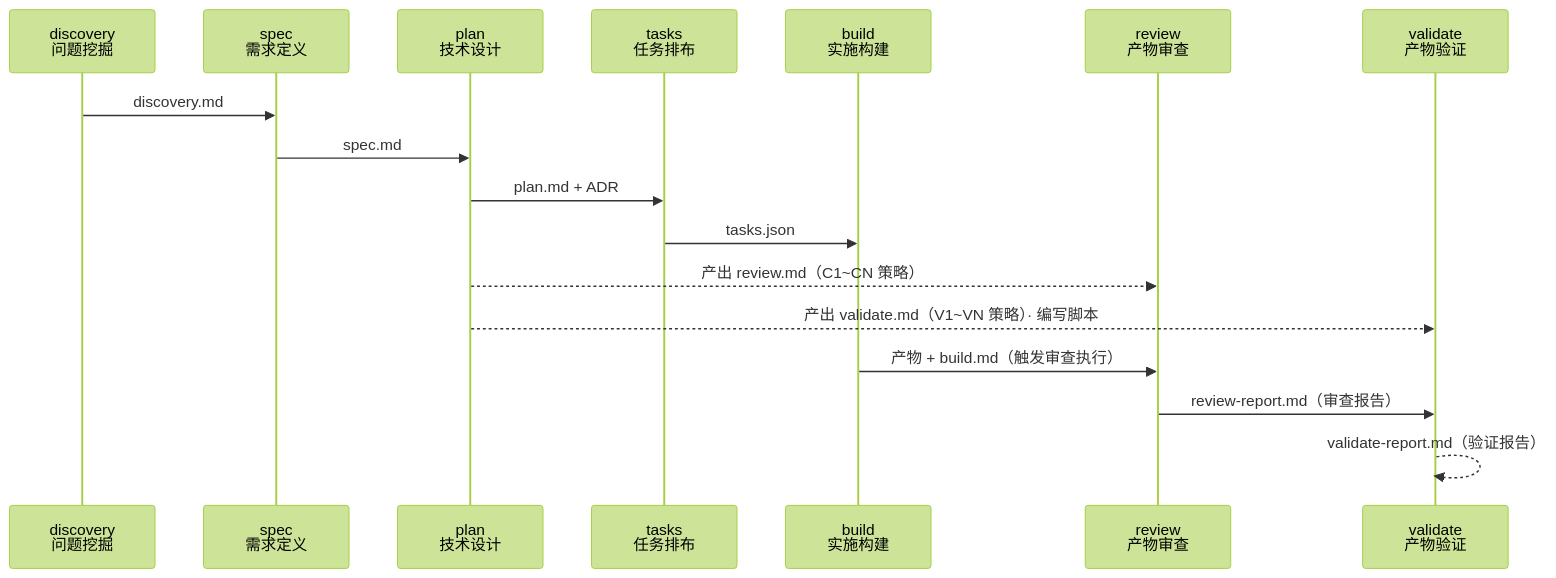
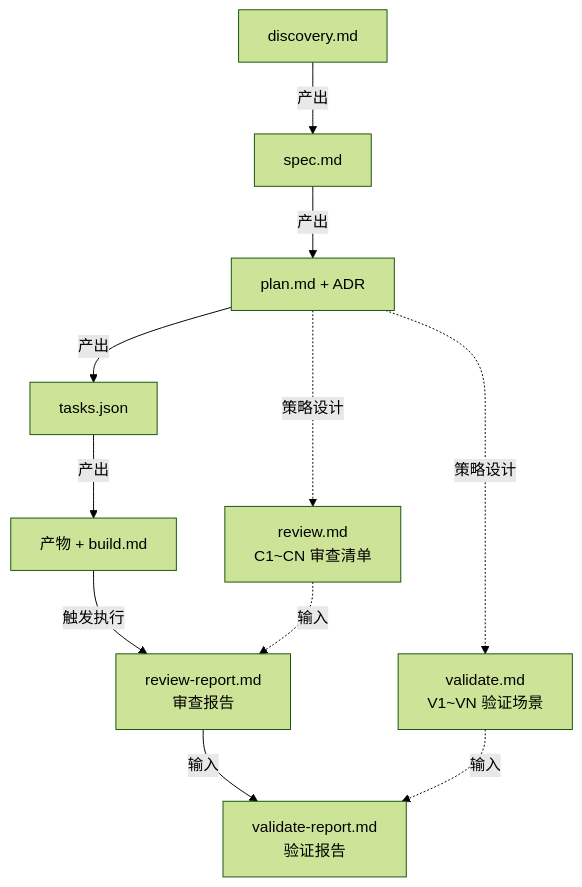
One commit to THZSummer/sddu changed the diagram in .sddu/specs-tree-root/specs-tree-agent-scope-realignment/plan.md. Above: the diagram before and after it, drawn with Mermaid (forest theme). The commit also changed other lines of this file, not shown here.

Commit message:
refactor(plan): replace §2.7 sequence diagram with document dependency graph — avoids ambiguous agent→agent arrow semantics
flowchart TD: nodes=documents, edges=产出/依赖.
Solid=forward build flow, dashed=strategy design after plan (bypasses tasks/build)

````diff
--- a/.sddu/specs-tree-root/specs-tree-agent-scope-realignment/plan.md
+++ b/.sddu/specs-tree-root/specs-tree-agent-scope-realignment/plan.md
@@ -113,23 +113,16 @@
 ```mermaid
-sequenceDiagram
-    participant D as discovery<br/>问题挖掘
-    participant S as spec<br/>需求定义
-    participant P as plan<br/>技术设计
-    participant TK as tasks<br/>任务排布
-    participant B as build<br/>实施构建
-    participant R as review<br/>产物审查
-    participant V as validate<br/>产物验证
-
-    D->>S: discovery.md
-    S->>P: spec.md
-    P->>TK: plan.md + ADR
-    TK->>B: tasks.json
+flowchart TD
+    D[discovery.md] -->|产出| S[spec.md]
+    S -->|产出| P[plan.md + ADR]
+    P -->|产出| TK[tasks.json]
+    TK -->|产出| B[产物 + build.md]
     
-    P-->>R: 产出 review.md（C1~CN 策略）
-    P-->>V: 产出 validate.md（V1~VN 策略）· 编写脚本
+    P -.->|策略设计| R_S[review.md<br/>C1~CN 审查清单]
+    P -.->|策略设计| V_S[validate.md<br/>V1~VN 验证场景]
     
-    B->>R: 产物 + build.md（触发审查执行）
+    B -->|触发执行| R_R[review-report.md<br/>审查报告]
+    R_R -->|输入| V_R[validate-report.md<br/>验证报告]
     
-    R->>V: review-report.md（审查报告）
-    V-->>V: validate-report.md（验证报告）
+    R_S -.->|输入| R_R
+    V_S -.->|输入| V_R
 ```
````
